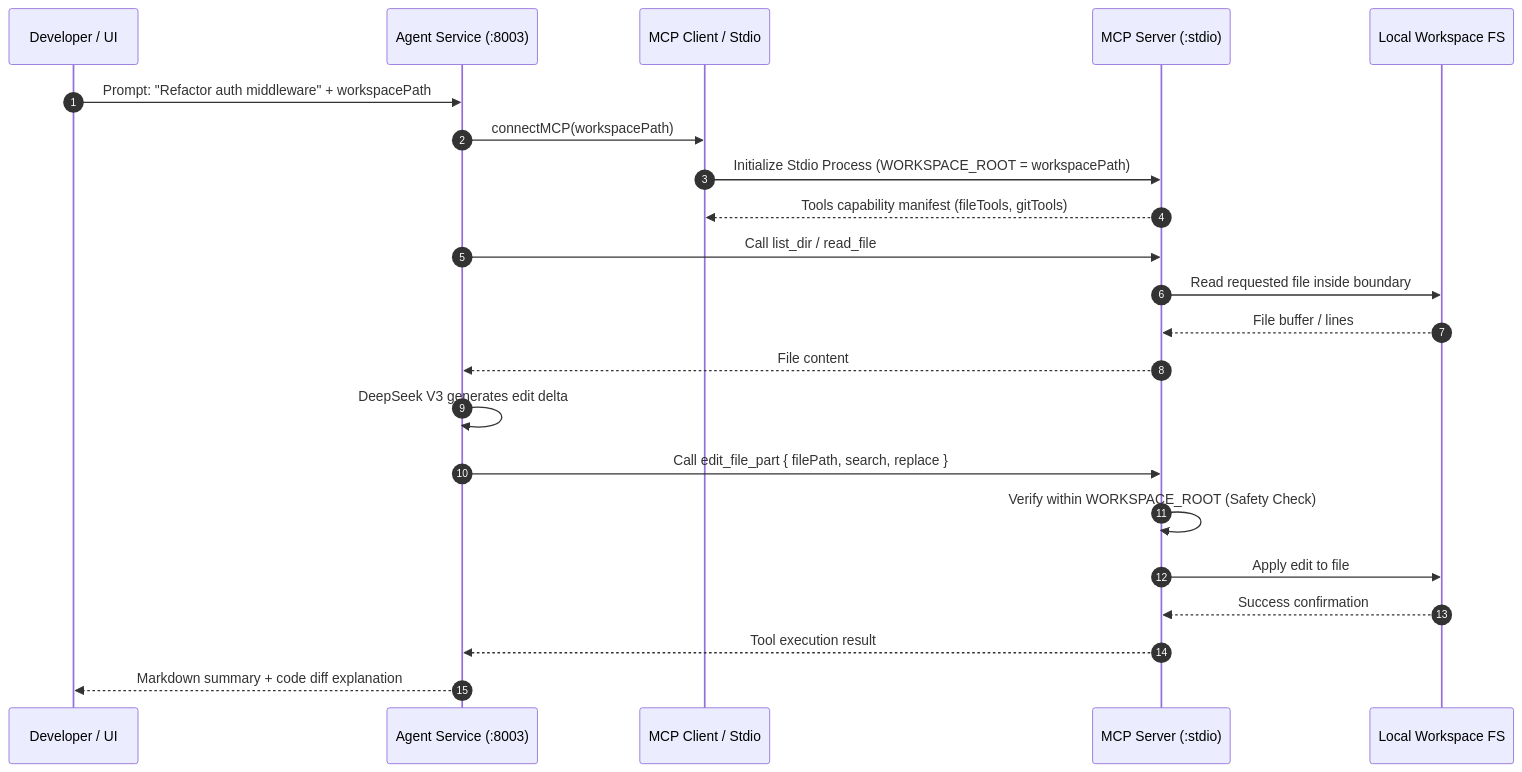
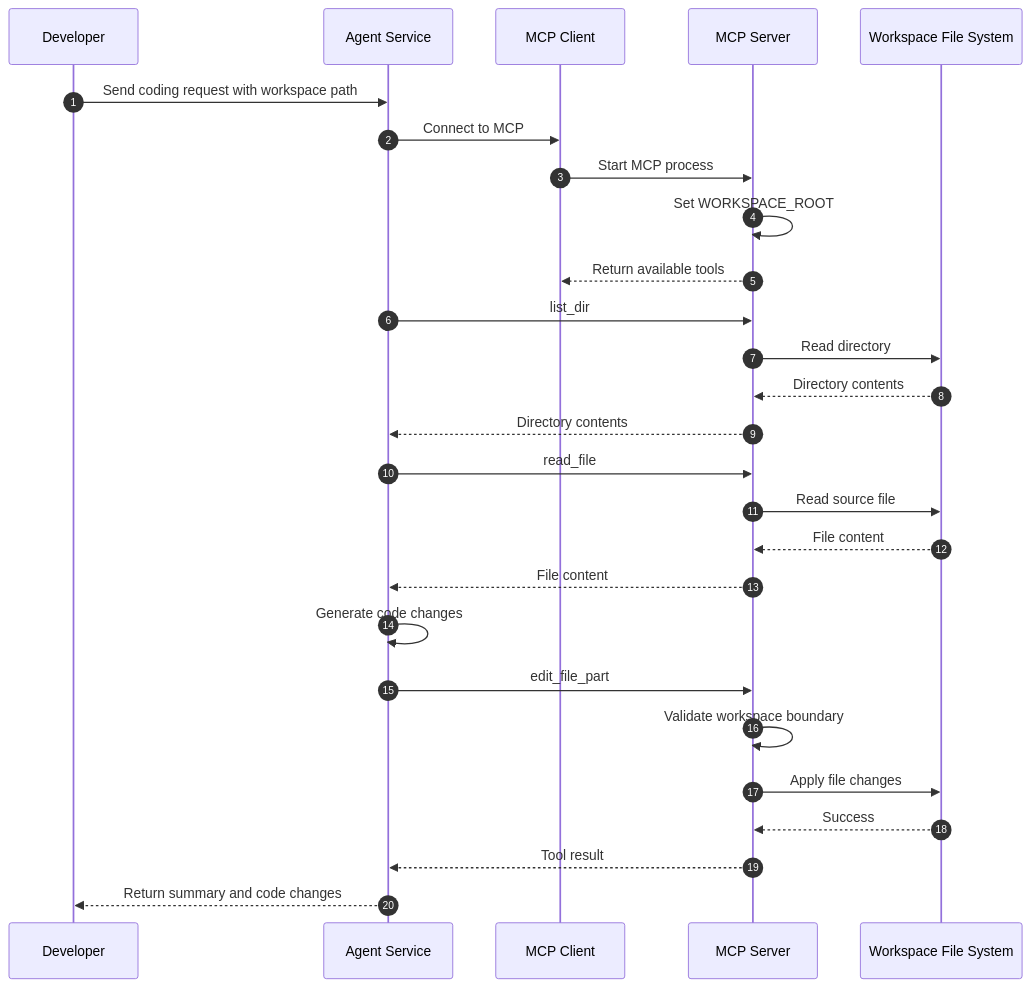
The sixth of 11 diagrams in SYSTEM_DESIGN.md (gauravgautam2003/alpha-AI), drawn with Mermaid before and after one commit. The commit also changed other lines of this file and 2 other files, not shown here.

````diff
--- a/SYSTEM_DESIGN.md
+++ b/SYSTEM_DESIGN.md
@@ -186,25 +332,51 @@
 ```mermaid
 sequenceDiagram
+
     autonumber
-    participant User as Developer / UI
-    participant Agent as Agent Service (:8003)
-    participant MCP as MCP Client / Stdio
-    participant Server as MCP Server (:stdio)
-    participant FS as Local Workspace FS
 
-    User->>Agent: Prompt: "Refactor auth middleware" + workspacePath
-    Agent->>MCP: connectMCP(workspacePath)
-    MCP->>Server: Initialize Stdio Process (WORKSPACE_ROOT = workspacePath)
-    Server-->>MCP: Tools capability manifest (fileTools, gitTools)
-    Agent->>Server: Call list_dir / read_file
-    Server->>FS: Read requested file inside boundary
-    FS-->>Server: File buffer / lines
+    participant User as Developer
+    participant Agent as Agent Service
+    participant MCPClient as MCP Client
+    participant Server as MCP Server
+    participant FS as Workspace File System
+
+    User->>Agent: Send coding request with workspace path
+
+    Agent->>MCPClient: Connect to MCP
+
+    MCPClient->>Server: Start MCP process
+
+    Server->>Server: Set WORKSPACE_ROOT
+
+    Server-->>MCPClient: Return available tools
+
+    Agent->>Server: list_dir
+
+    Server->>FS: Read directory
+
+    FS-->>Server: Directory contents
+
+    Server-->>Agent: Directory contents
+
+    Agent->>Server: read_file
+
+    Server->>FS: Read source file
+
+    FS-->>Server: File content
+
     Server-->>Agent: File content
-    Agent->>Agent: DeepSeek V3 generates edit delta
-    Agent->>Server: Call edit_file_part { filePath, search, replace }
-    Server->>Server: Verify within WORKSPACE_ROOT (Safety Check)
-    Server->>FS: Apply edit to file
-    FS-->>Server: Success confirmation
-    Server-->>Agent: Tool execution result
-    Agent-->>User: Markdown summary + code diff explanation
+
+    Agent->>Agent: Generate code changes
+
+    Agent->>Server: edit_file_part
+
+    Server->>Server: Validate workspace boundary
+
+    Server->>FS: Apply file changes
+
+    FS-->>Server: Success
+
+    Server-->>Agent: Tool result
+
+    Agent-->>User: Return summary and code changes
 ```
````
